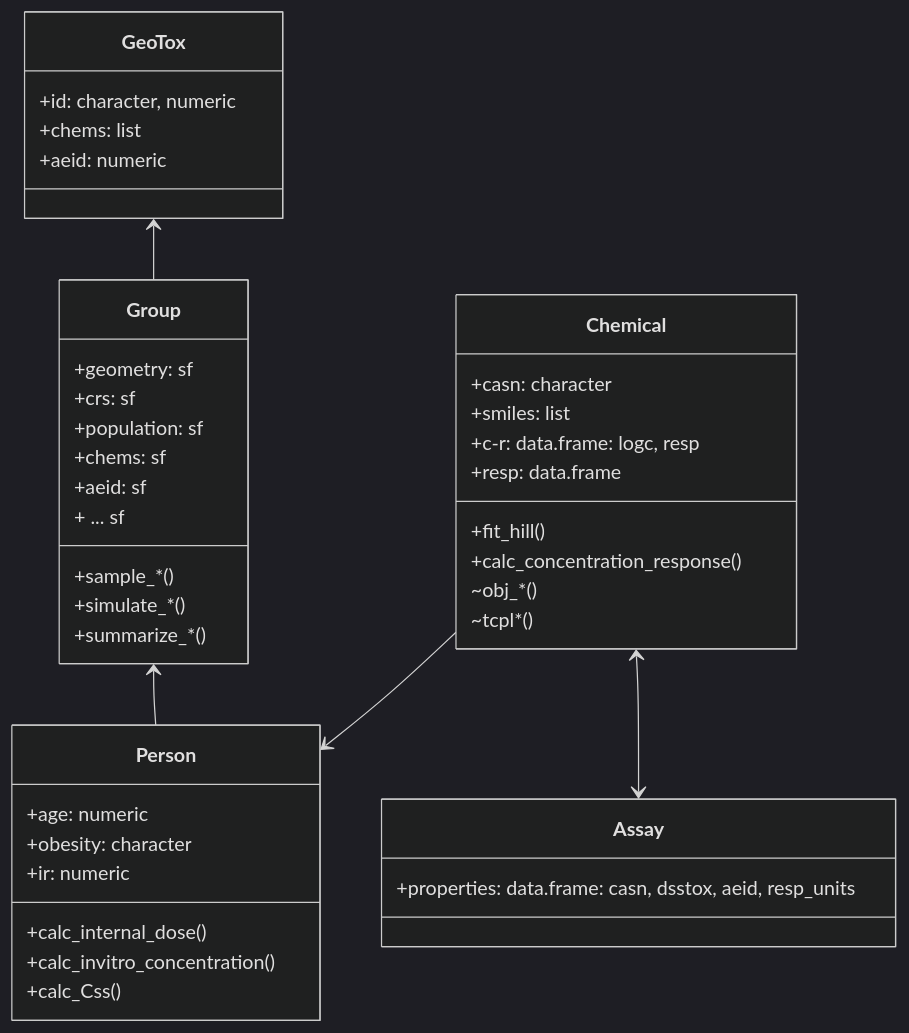
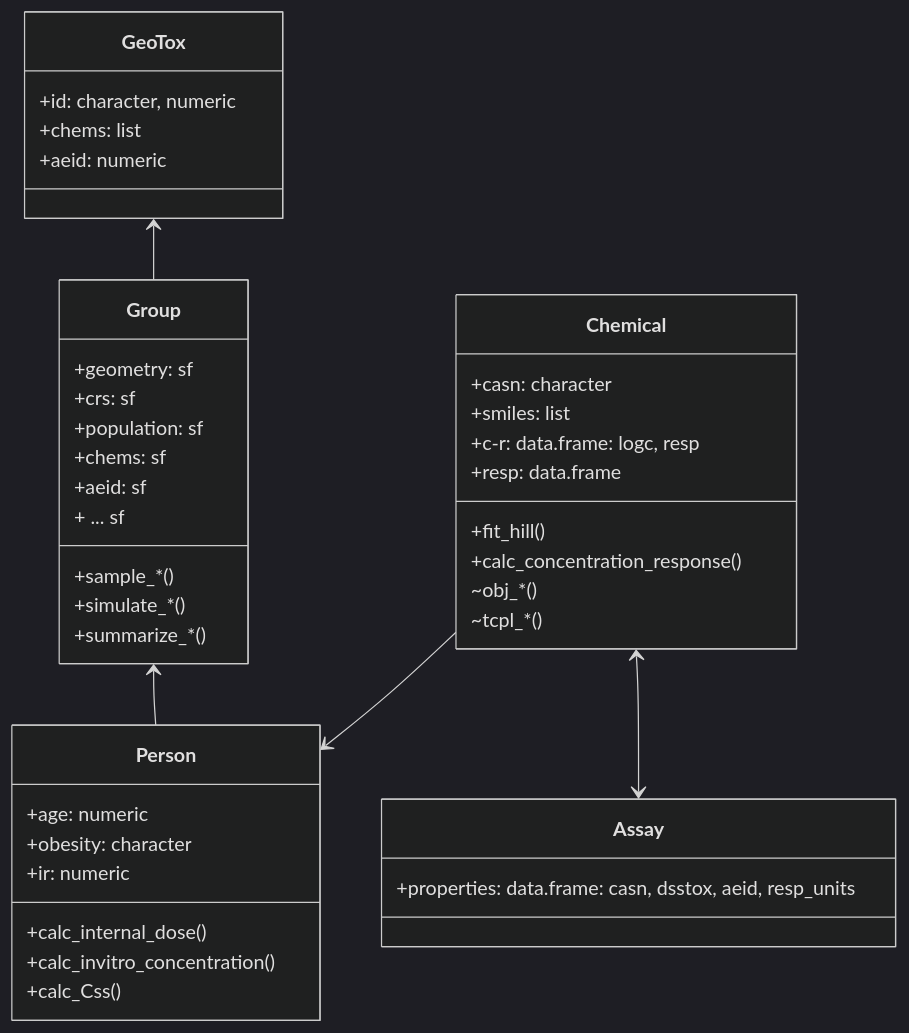
Before and after one commit to NIEHS/GeoTox: the diagram in objects.md, drawn with Mermaid (dark theme).

````diff
--- a/objects.md
+++ b/objects.md
@@ -2,50 +2,50 @@
 ```mermaid
 classDiagram
     class GeoTox {
         +id: character, numeric
         +chems: list
         +aeid: numeric
     }
   
       class Group {
         +geometry: sf
         +crs: sf
         +population: sf
         +chems: sf
         +aeid: sf
         + ...  sf
         +sample_*()
         +simulate_*()
         +summarize_*()
     }
 
     class Person {
         +age: numeric
         +obesity: character
         +ir: numeric
         +calc_internal_dose()
         +calc_invitro_concentration()
         +calc_Css()
     }
 
     class Chemical {
         +casn: character
         +smiles: list
         +c-r: data.frame: logc, resp
         +resp: data.frame
         +fit_hill()
         +calc_concentration_response()
         ~obj_*()
-        ~tcpl*()
+        ~tcpl_*()
     }
 
     class Assay {
         +properties: data.frame: casn, dsstox, aeid, resp_units
     }
 
     GeoTox <-- Group
     Group <-- Person
     Chemical <--> Assay
     Chemical --> Person
 
 ```
````
